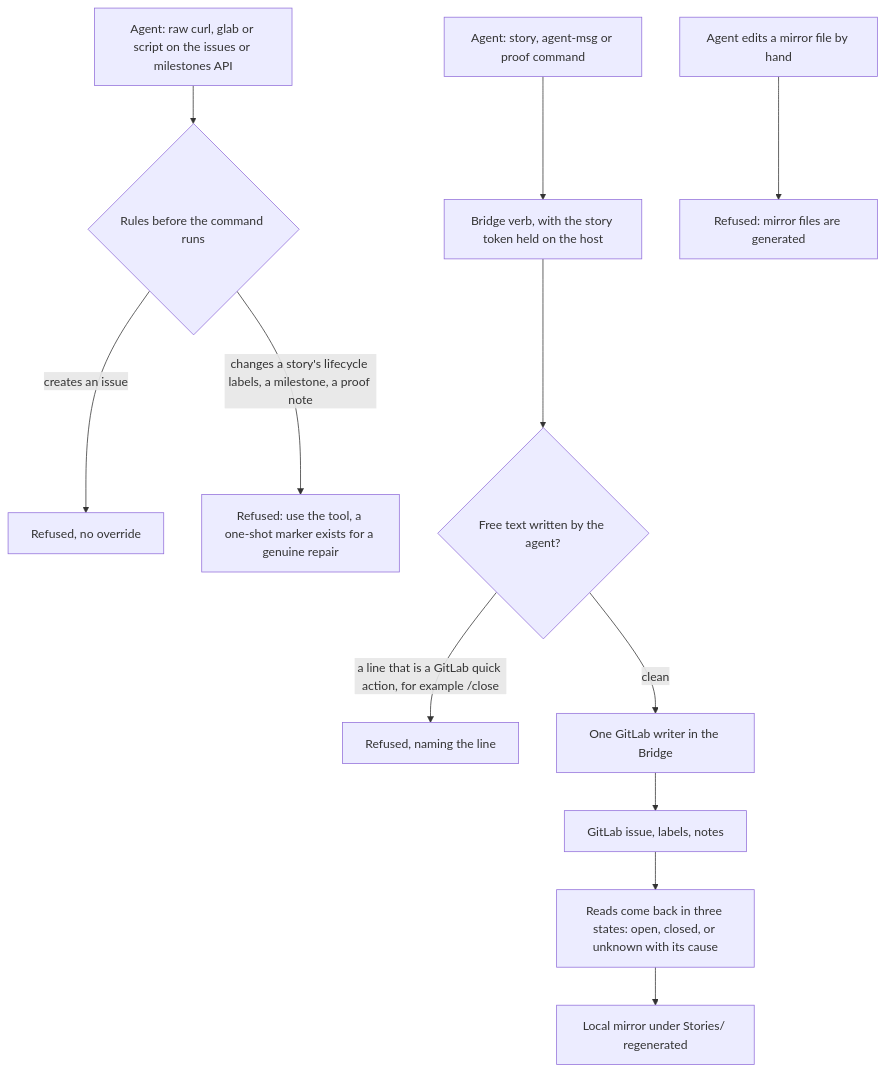
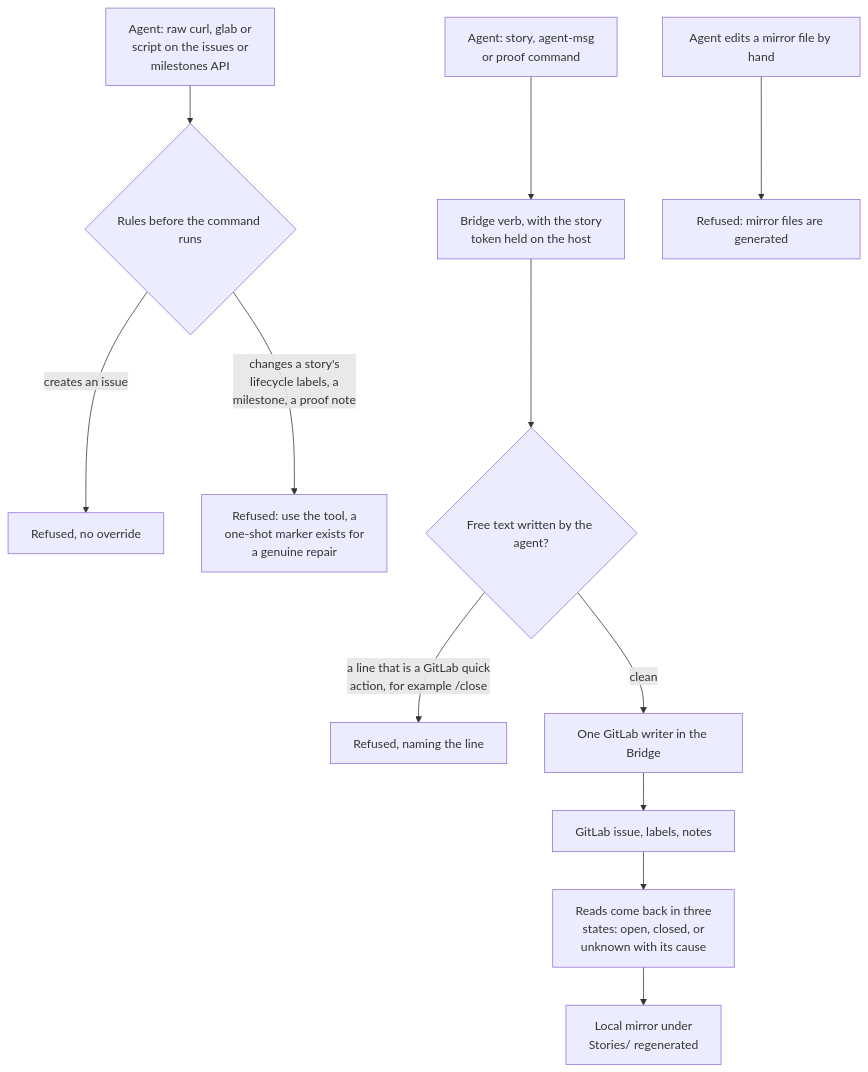
One commit to DogmaSolutions/Kyklos changed the diagram in docs/STORAGES.md. Above: the diagram before and after it, drawn with Mermaid. The commit also changed 38 other files, not shown here.

````diff
--- a/docs/STORAGES.md
+++ b/docs/STORAGES.md
@@ -33,14 +33,14 @@
 ```mermaid
 flowchart TD
-    A["Agent: story, agent-msg or proof command"] --> B["Bridge verb, with the story token held on the host"]
-    R["Agent: raw curl, glab or script on the issues or milestones API"] --> G{"Rules before the command runs"}
+    A["Agent: story, agent-msg<br/>or proof command"] --> B["Bridge verb, with the story<br/>token held on the host"]
+    R["Agent: raw curl, glab or<br/>script on the issues or<br/>milestones API"] --> G{"Rules before the command runs"}
     G -->|"creates an issue"| X1["Refused, no override"]
-    G -->|"changes a story's lifecycle labels, a milestone, a proof note"| X2["Refused: use the tool, a one-shot marker exists for a genuine repair"]
+    G -->|"changes a story's<br/>lifecycle labels, a<br/>milestone, a proof note"| X2["Refused: use the tool, a<br/>one-shot marker exists for<br/>a genuine repair"]
     B --> T{"Free text written by the agent?"}
-    T -->|"a line that is a GitLab quick action, for example /close"| X3["Refused, naming the line"]
+    T -->|"a line that is a GitLab quick<br/>action, for example /close"| X3["Refused, naming the line"]
     T -->|"clean"| D["One GitLab writer in the Bridge"]
     D --> GL["GitLab issue, labels, notes"]
-    GL --> RD["Reads come back in three states: open, closed, or unknown with its cause"]
-    RD --> M["Local mirror under Stories/ regenerated"]
+    GL --> RD["Reads come back in three<br/>states: open, closed, or<br/>unknown with its cause"]
+    RD --> M["Local mirror under<br/>Stories/ regenerated"]
     E["Agent edits a mirror file by hand"] --> X4["Refused: mirror files are generated"]
 ```
````
